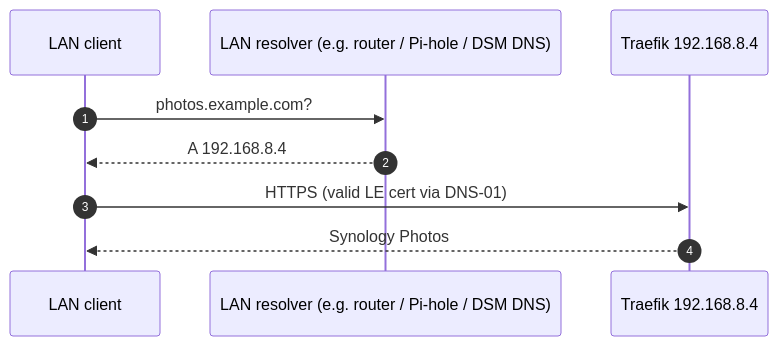
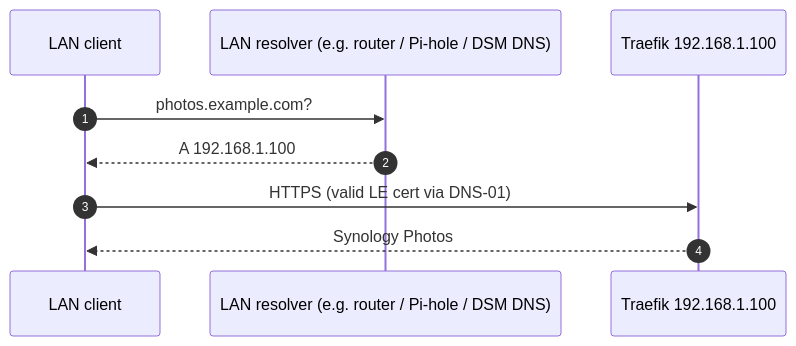
The third of 5 diagrams in docs/wiki/04-split-dns.md (kevinteg/SyrvisCore), drawn with Mermaid before and after one commit. The commit also changed other lines of this file and 16 other files, not shown here.

````diff
--- a/docs/wiki/04-split-dns.md
+++ b/docs/wiki/04-split-dns.md
@@ -67,11 +76,11 @@
 ```mermaid
 sequenceDiagram
     autonumber
     participant C as LAN client
     participant R as LAN resolver (e.g. router / Pi-hole / DSM DNS)
-    participant T as Traefik 192.168.8.4
+    participant T as Traefik 192.168.1.100
     C->>R: photos.example.com?
-    R-->>C: A 192.168.8.4
+    R-->>C: A 192.168.1.100
     C->>T: HTTPS (valid LE cert via DNS-01)
     T-->>C: Synology Photos
 ```
````
